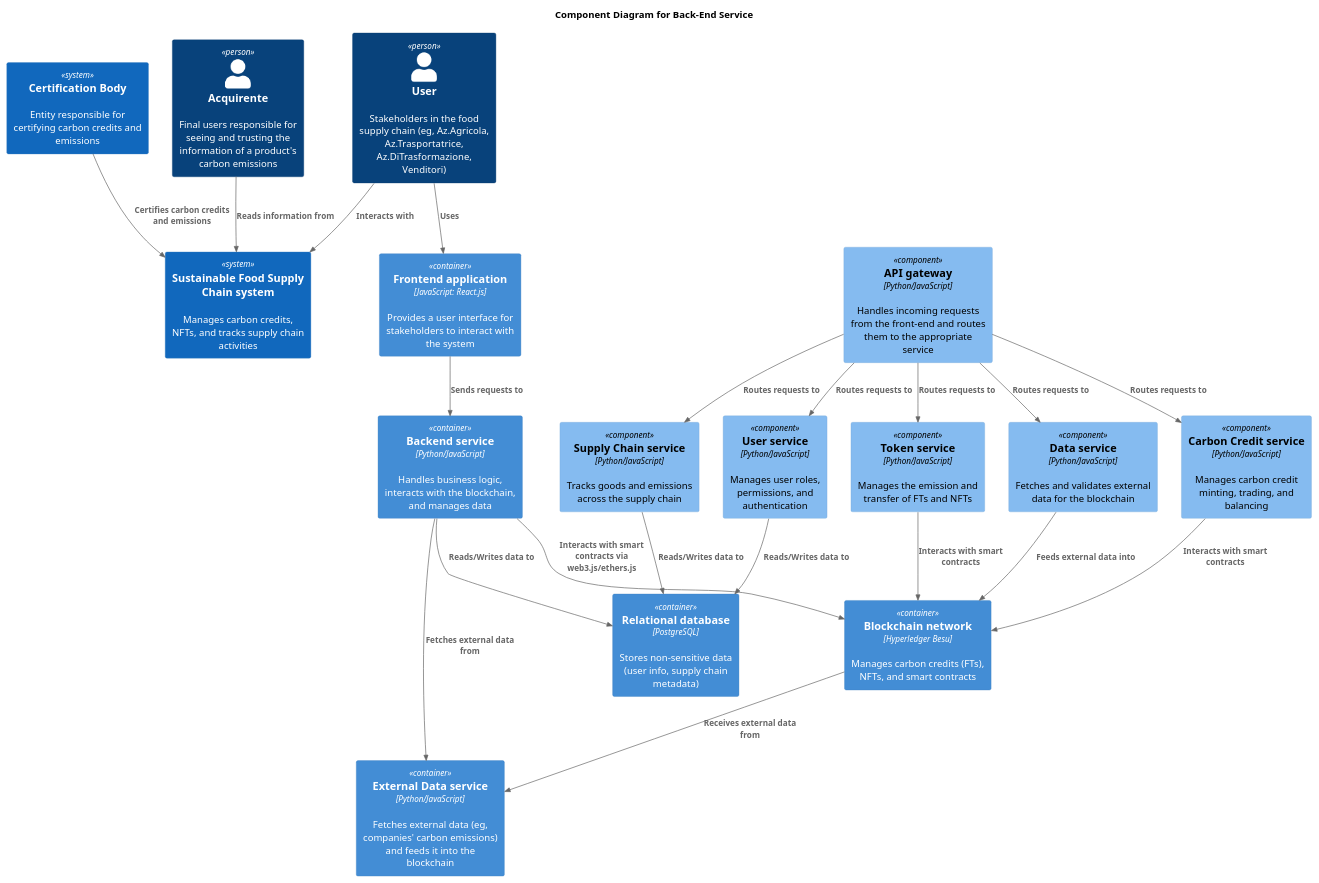
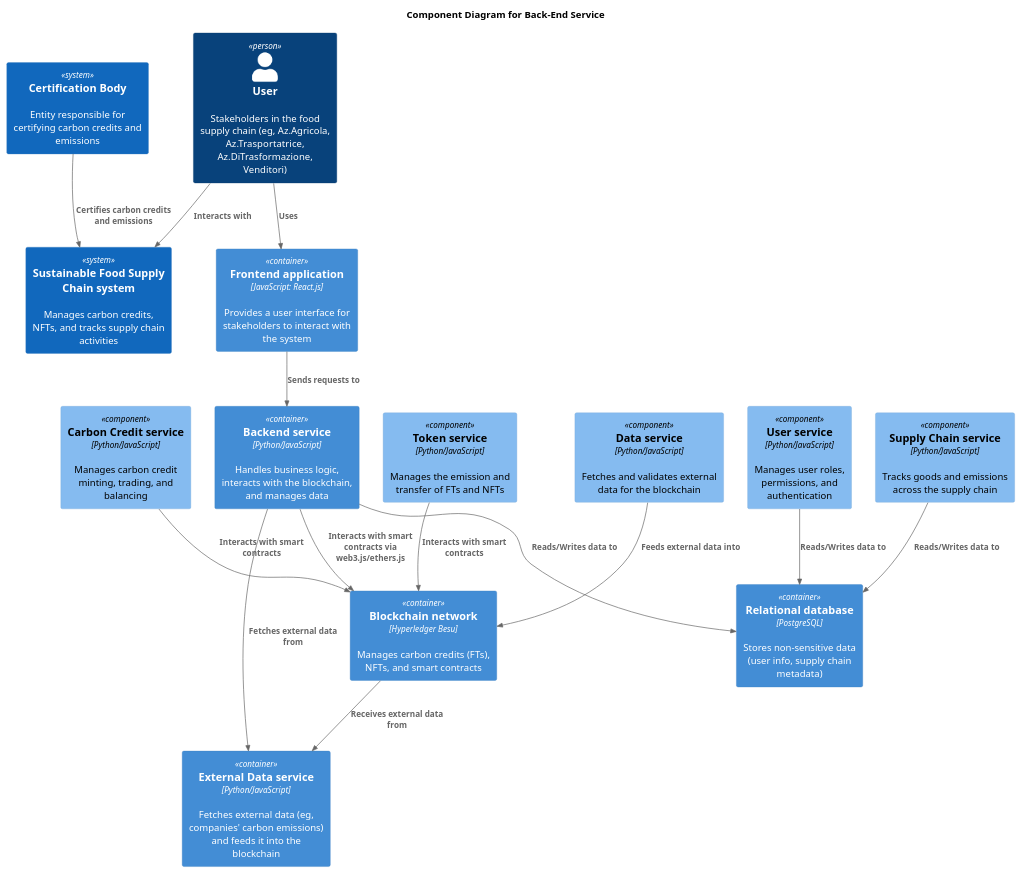
The diagram in PlantUML/Architecture_overview.puml (enzoc2000/Software_Security), drawn with PlantUML before and after one commit.

Commit message:
simplify schema

```diff
--- a/PlantUML/Architecture_overview.puml
+++ b/PlantUML/Architecture_overview.puml
@@ -1,56 +1,48 @@
 @startuml
 !include https://raw.githubusercontent.com/plantuml-stdlib/C4-PlantUML/master/C4_Context.puml
 !include https://raw.githubusercontent.com/plantuml-stdlib/C4-PlantUML/master/C4_Container.puml
 !include https://raw.githubusercontent.com/plantuml-stdlib/C4-PlantUML/master/C4_Component.puml
 
 ' === Context Level ===
 title System Context Diagram for Sustainable Food Supply Chain
 
 System(certification_body, "Certification Body", "Entity responsible for certifying carbon credits and emissions")
 Person(user, "User", "Stakeholders in the food supply chain (eg, Az.Agricola, Az.Trasportatrice, Az.DiTrasformazione, Venditori)")
-Person(buyer, "Acquirente", "Final users responsible for seeing and trusting the information of a product's carbon emissions")
 
 System(system, "Sustainable Food Supply Chain system", "Manages carbon credits, NFTs, and tracks supply chain activities")
 
 Rel(user, system, "Interacts with")
-Rel(buyer, system, "Reads information from")
 Rel(certification_body, system, "Certifies carbon credits and emissions")
 
 ' === Container Level ===
 title Container Diagram for Sustainable Food Supply Chain System
 
 Container(frontend, "Frontend application", "JavaScript: React.js", "Provides a user interface for stakeholders to interact with the system")
 Container(backend, "Backend service", "Python/JavaScript", "Handles business logic, interacts with the blockchain, and manages data")
 Container(blockchain, "Blockchain network", "Hyperledger Besu", "Manages carbon credits (FTs), NFTs, and smart contracts")
 Container(database, "Relational database", "PostgreSQL", "Stores non-sensitive data (user info, supply chain metadata)")
 Container(externaldata, "External Data service", "Python/JavaScript", "Fetches external data (eg, companies' carbon emissions) and feeds it into the blockchain")
 
 Rel(user, frontend, "Uses")
 Rel(frontend, backend, "Sends requests to")
 Rel(backend, database, "Reads/Writes data to")
 Rel(backend, blockchain, "Interacts with smart contracts via web3.js/ethers.js")
 Rel(backend, externaldata, "Fetches external data from")
 Rel(blockchain, externaldata, "Receives external data from")
 
 ' === Component Level ===
 title Component Diagram for Back-End Service
 
-Component(api_gateway, "API gateway", "Python/JavaScript", "Handles incoming requests from the front-end and routes them to the appropriate service")
 Component(carbon_service, "Carbon Credit service", "Python/JavaScript", "Manages carbon credit minting, trading, and balancing")
 Component(token_service, "Token service", "Python/JavaScript", "Manages the emission and transfer of FTs and NFTs")
 Component(supply_chain_service, "Supply Chain service", "Python/JavaScript", "Tracks goods and emissions across the supply chain")
 Component(user_service, "User service", "Python/JavaScript", "Manages user roles, permissions, and authentication")
 Component(data_service, "Data service", "Python/JavaScript", "Fetches and validates external data for the blockchain")
 
-Rel(api_gateway, carbon_service, "Routes requests to")
-Rel(api_gateway, token_service, "Routes requests to")
-Rel(api_gateway, supply_chain_service, "Routes requests to")
-Rel(api_gateway, user_service, "Routes requests to")
-Rel(api_gateway, data_service, "Routes requests to")
 Rel(carbon_service, blockchain, "Interacts with smart contracts")
 Rel(token_service, blockchain, "Interacts with smart contracts")
 Rel(supply_chain_service, database, "Reads/Writes data to")
 Rel(user_service, database, "Reads/Writes data to")
 Rel(data_service, blockchain, "Feeds external data into")
 
 @enduml
```
